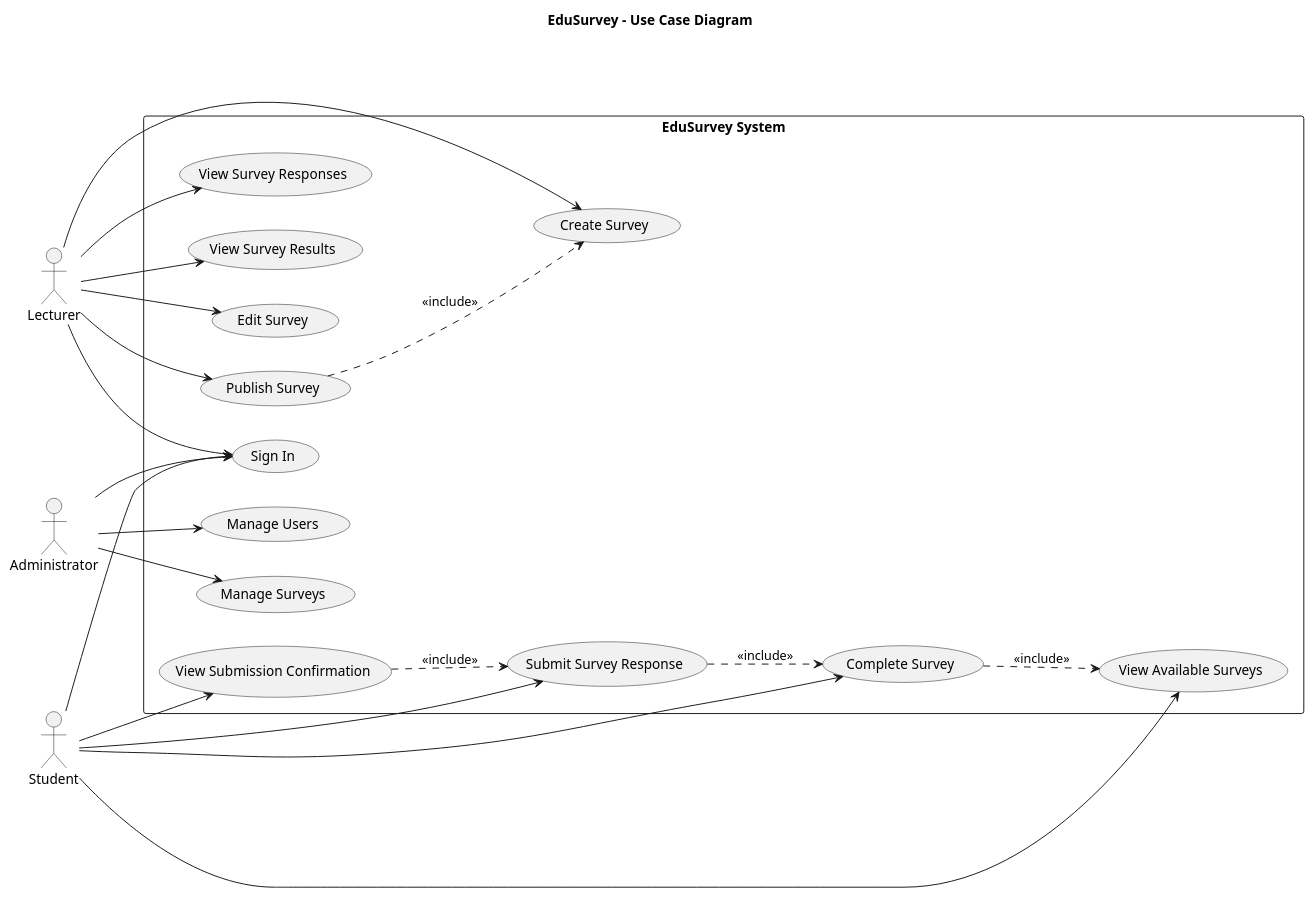
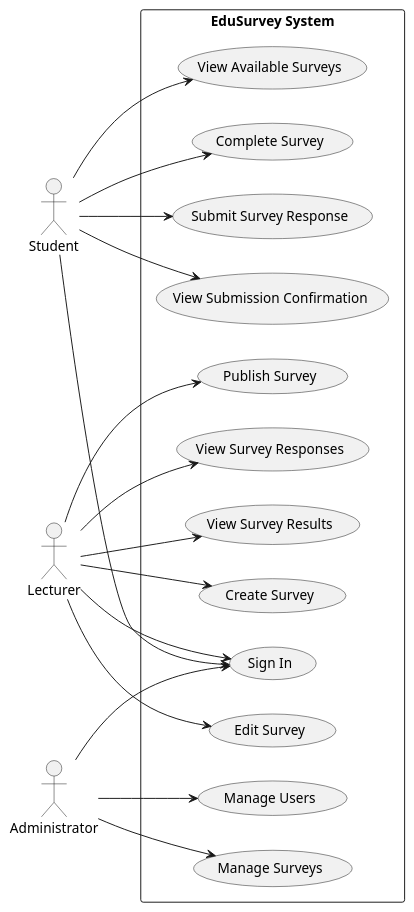
The diagram in docs/diagrams/use-case.puml (SE-FDA-NEU-AI66B/software-group4-topicB2), drawn with PlantUML before and after one commit.

Commit message:
Refactor use case diagram actors and use cases

```diff
--- a/docs/diagrams/use-case.puml
+++ b/docs/diagrams/use-case.puml
@@ -1,52 +1,47 @@
 @startuml
 left to right direction
 
-title EduSurvey - Use Case Diagram
-
-actor "Student" as Student
-actor "Lecturer" as Lecturer
-actor "Administrator" as Admin
+actor Student
+actor Lecturer
+actor Administrator
 
 rectangle "EduSurvey System" {
 
     usecase "Sign In" as UC1
 
     usecase "View Available Surveys" as UC2
     usecase "Complete Survey" as UC3
     usecase "Submit Survey Response" as UC4
     usecase "View Submission Confirmation" as UC5
 
-    usecase "Create Survey" as UC6
-    usecase "Edit Survey" as UC7
-    usecase "Publish Survey" as UC8
-    usecase "View Survey Responses" as UC9
-    usecase "View Survey Results" as UC10
+    usecase "View Survey Responses" as UC6
+    usecase "View Survey Results" as UC7
+    usecase "Create Survey" as UC8
+    usecase "Edit Survey" as UC9
+    usecase "Publish Survey" as UC10
 
     usecase "Manage Users" as UC11
     usecase "Manage Surveys" as UC12
 }
 
+' Student
 Student --> UC1
 Student --> UC2
 Student --> UC3
 Student --> UC4
 Student --> UC5
 
+' Lecturer
 Lecturer --> UC1
 Lecturer --> UC6
 Lecturer --> UC7
 Lecturer --> UC8
 Lecturer --> UC9
 Lecturer --> UC10
 
-Admin --> UC1
-Admin --> UC11
-Admin --> UC12
-
-UC3 ..> UC2 : <<include>>
-UC4 ..> UC3 : <<include>>
-UC5 ..> UC4 : <<include>>
-
-UC8 ..> UC6 : <<include>>
+' Administrator
+Administrator --> UC1
+Administrator --> UC11
+Administrator --> UC12
 
 @enduml
```
